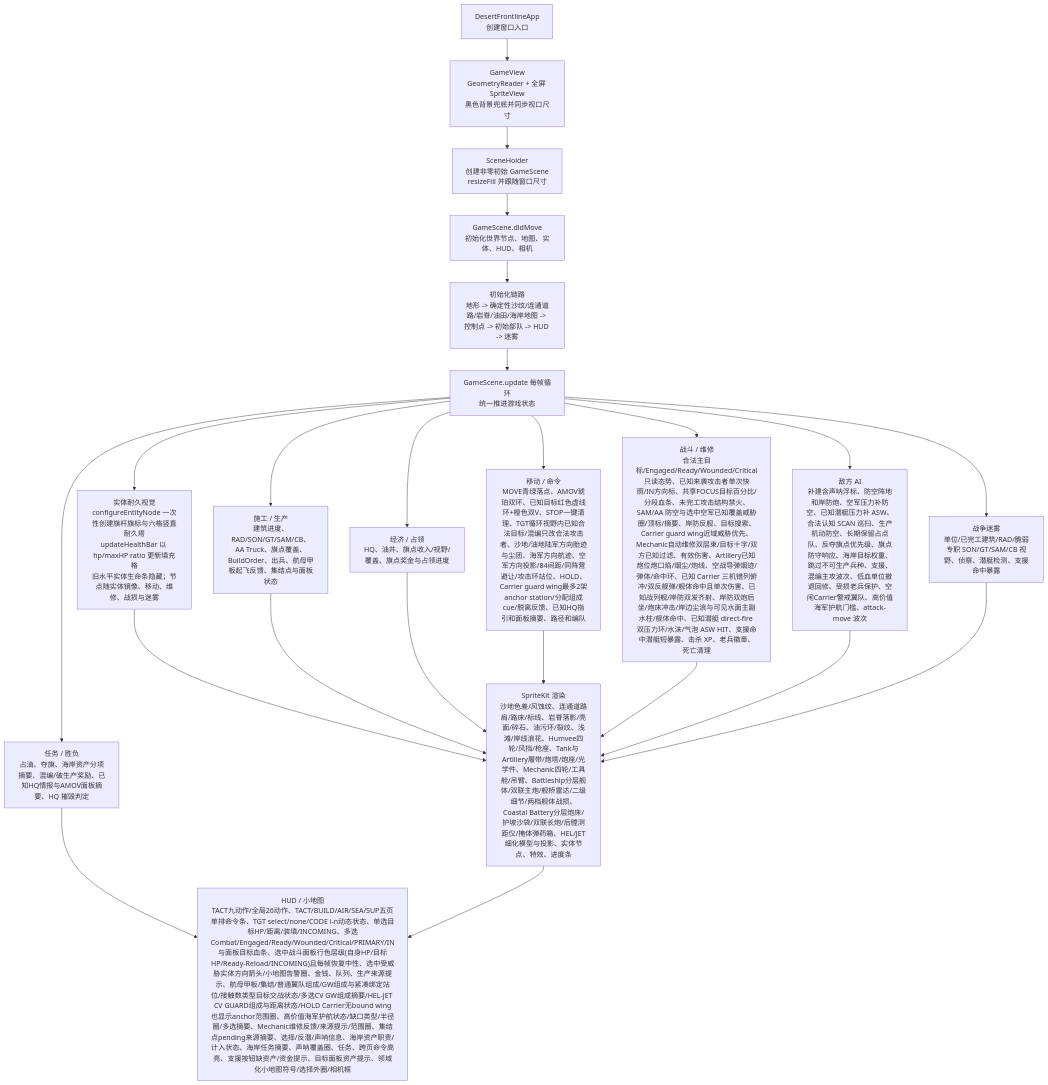
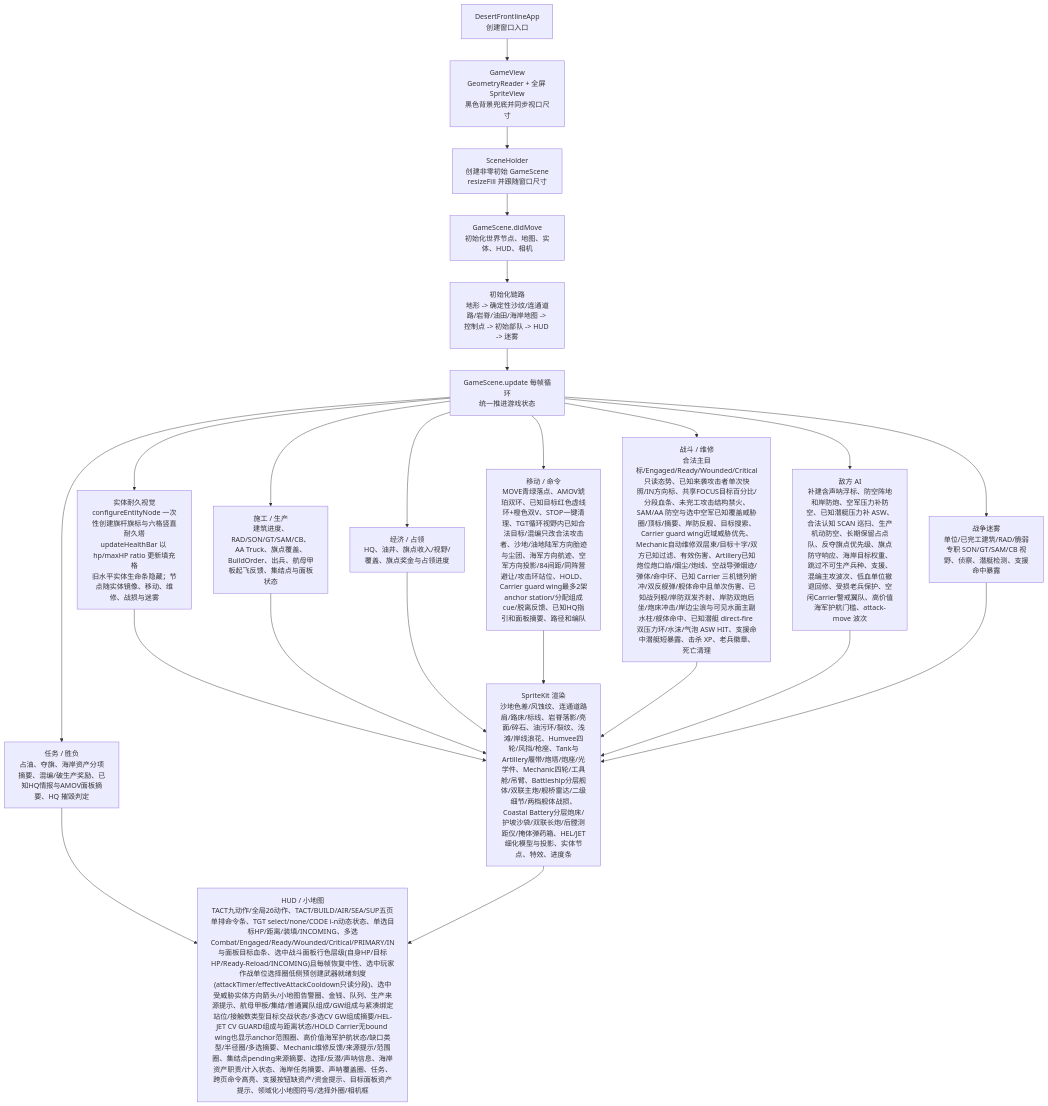
One commit to Altman-sam114/1145 changed the first of 3 diagrams in md/flow/flowchart.md. Above: the diagram before and after it, drawn with Mermaid. The commit also changed other lines of this file and 5 other files, not shown here.

````diff
--- a/md/flow/flowchart.md
+++ b/md/flow/flowchart.md
@@ -11,25 +11,25 @@
 ```mermaid
 flowchart TD
   App["DesertFrontlineApp\n创建窗口入口"] --> View["GameView\nGeometryReader + 全屏 SpriteView\n黑色背景兜底并同步视口尺寸"]
   View --> Holder["SceneHolder\n创建非零初始 GameScene\nresizeFill 并跟随窗口尺寸"]
   Holder --> Scene["GameScene.didMove\n初始化世界节点、地图、实体、HUD、相机"]
   Scene --> Init["初始化链路\n地形 -> 确定性沙纹/连通道路/岩脊/油田/海岸地图 -> 控制点 -> 初始部队 -> HUD -> 迷雾"]
   Init --> Loop["GameScene.update 每帧循环\n统一推进游戏状态"]
   Loop --> Build["施工 / 生产\n建筑进度、RAD/SON/GT/SAM/CB、AA Truck、旗点覆盖、BuildOrder、出兵、航母甲板起飞反馈、集结点与面板状态"]
   Loop --> Economy["经济 / 占领\nHQ、油井、旗点收入/视野/覆盖、旗点奖金与占领进度"]
   Loop --> Commands["移动 / 命令\nMOVE青绿落点、AMOV琥珀双环、已知目标红色虚线环+橙色双V、STOP一键清理、TGT循环视野内已知合法目标/混编只改合法攻击者、沙地/油地陆军方向胎迹与尘团、海军方向航迹、空军方向投影/84间距/同阵营避让/攻击环站位、HOLD、Carrier guard wing最多2架anchor station/分配组成cue/脱离反馈、已知HQ指引和面板摘要、路径和编队"]
   Loop --> Combat["战斗 / 维修\n合法主目标/Engaged/Ready/Wounded/Critical只读态势、已知来袭攻击者单次快照/IN方向标、共享FOCUS目标百分比/分段血条、未完工攻击结构禁火、SAM/AA 防空与选中空军已知覆盖威胁圈/顶标/摘要、岸防反舰、目标搜索、Carrier guard wing近域威胁优先、Mechanic自动维修双层束/目标十字/双方已知过滤、有效伤害、Artillery已知炮位炮口焰/烟尘/炮线、空战导弹烟迹/弹体/命中环、已知 Carrier 三机错列俯冲/双反舰弹/舰体命中且单次伤害、已知战列舰/岸防双发齐射、岸防双炮后坐/炮床冲击/岸边尘浪与可见水面主副水柱/舰体命中、已知潜艇 direct-fire 双压力环/水沫/气泡 ASW HIT、支援命中潜艇短暴露、击杀 XP、老兵徽章、死亡清理"]
   Loop --> HealthVisual["实体耐久视觉\nconfigureEntityNode 一次性创建旗杆旗标与六格竖直耐久塔\nupdateHealthBar 以 hp/maxHP ratio 更新填充格\n旧水平实体生命条隐藏；节点随实体镜像、移动、维修、战损与迷雾"]
   HealthVisual --> Render
   Loop --> AI["敌方 AI\n补建含声呐浮标、防空阵地和岸防炮、空军压力补防空、已知潜艇压力补 ASW、合法认知 SCAN 巡扫、生产机动防空、长期保留占点队、反夺旗点优先级、旗点防守响应、海岸目标权重、跳过不可生产兵种、支援、混编主攻波次、低血单位撤退回修、受损老兵保护、空闲Carrier警戒翼队、高价值海军护航门槛、attack-move 波次"]
   Loop --> Fog["战争迷雾\n单位/已完工建筑/RAD/脆弱专职 SON/GT/SAM/CB 视野、侦察、潜艇检测、支援命中暴露"]
   Loop --> Mission["任务 / 胜负\n占油、夺旗、海岸资产分项摘要、混编/破生产奖励、已知HQ情报与AMOV面板摘要、HQ 摧毁判定"]
   Build --> Render["SpriteKit 渲染\n沙地色差/风蚀纹、连通道路肩/路床/标线、岩脊落影/亮面/碎石、油污环/裂纹、浅滩/岸线浪花、Humvee四轮/风挡/枪座、Tank与Artillery履带/炮塔/炮座/光学件、Mechanic四轮/工具舱/吊臂、Battleship分层舰体/双联主炮/舰桥雷达/二级细节/两档舰体战损、Coastal Battery分层炮床/护坡沙袋/双联长炮/后膛测距仪/掩体弹药箱、HEL/JET细化模型与投影、实体节点、特效、进度条"]
   Economy --> Render
   Commands --> Render
   Combat --> Render
   AI --> Render
   Fog --> Render
-  Mission --> HUD["HUD / 小地图\nTACT九动作/全局26动作、TACT/BUILD/AIR/SEA/SUP五页单排命令条、TGT select/none/CODE i-n动态状态、单选目标HP/距离/装填/INCOMING、多选Combat/Engaged/Ready/Wounded/Critical/PRIMARY/IN与面板目标血条、选中战斗面板行色层级(自身HP/目标HP/Ready-Reload/INCOMING)且每帧恢复中性、选中受威胁实体方向箭头/小地图告警圈、金钱、队列、生产来源提示、航母甲板/集结/普通翼队组成/GW组成与紧凑绑定站位/接触数类型目标交战状态/多选CV GW组成摘要/HEL-JET CV GUARD组成与距离状态/HOLD Carrier无bound wing也显示anchor范围圈、高价值海军护航状态/缺口类型/半径圈/多选摘要、Mechanic维修反馈/来源提示/范围圈、集结点pending来源摘要、选择/反潜/声呐信息、海岸资产职责/计入状态、海岸任务摘要、声呐覆盖圈、任务、跨页命令高亮、支援按钮缺资产/资金提示、目标面板资产提示、领域化小地图符号/选择外圈/相机框"]
+  Mission --> HUD["HUD / 小地图\nTACT九动作/全局26动作、TACT/BUILD/AIR/SEA/SUP五页单排命令条、TGT select/none/CODE i-n动态状态、单选目标HP/距离/装填/INCOMING、多选Combat/Engaged/Ready/Wounded/Critical/PRIMARY/IN与面板目标血条、选中战斗面板行色层级(自身HP/目标HP/Ready-Reload/INCOMING)且每帧恢复中性、选中玩家作战单位选择圈低侧预创建武器就绪刻度(attackTimer/effectiveAttackCooldown只读分段)、选中受威胁实体方向箭头/小地图告警圈、金钱、队列、生产来源提示、航母甲板/集结/普通翼队组成/GW组成与紧凑绑定站位/接触数类型目标交战状态/多选CV GW组成摘要/HEL-JET CV GUARD组成与距离状态/HOLD Carrier无bound wing也显示anchor范围圈、高价值海军护航状态/缺口类型/半径圈/多选摘要、Mechanic维修反馈/来源提示/范围圈、集结点pending来源摘要、选择/反潜/声呐信息、海岸资产职责/计入状态、海岸任务摘要、声呐覆盖圈、任务、跨页命令高亮、支援按钮缺资产/资金提示、目标面板资产提示、领域化小地图符号/选择外圈/相机框"]
   Render --> HUD
 ```
````
